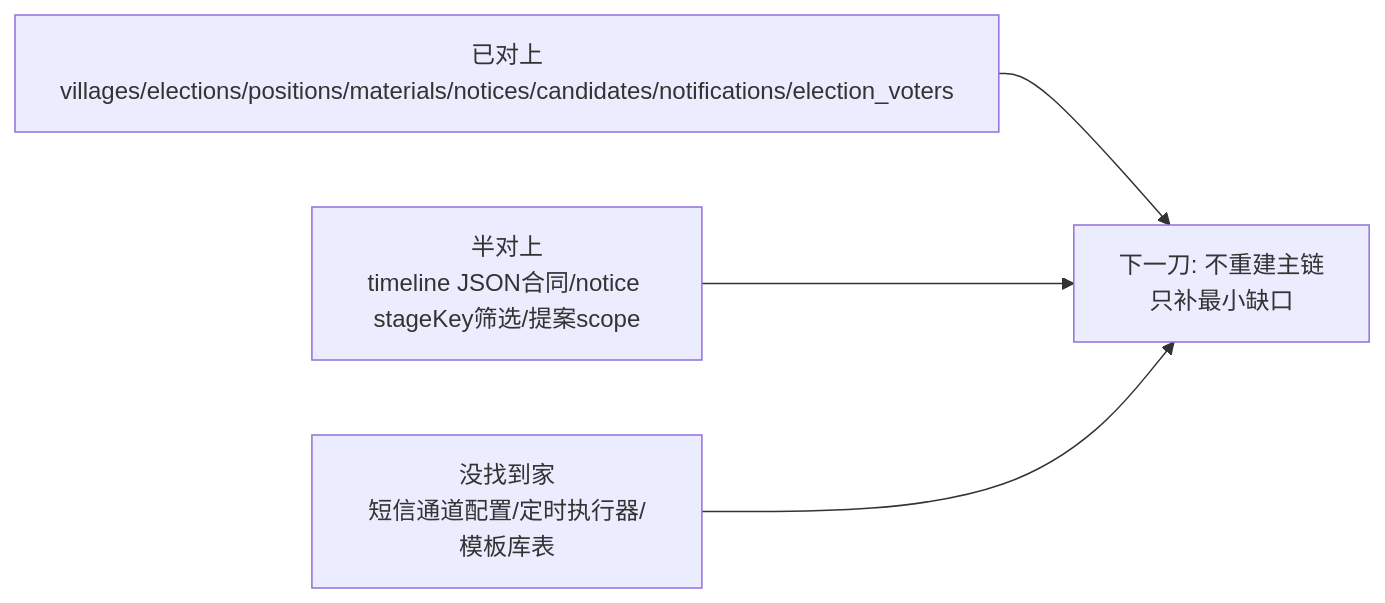
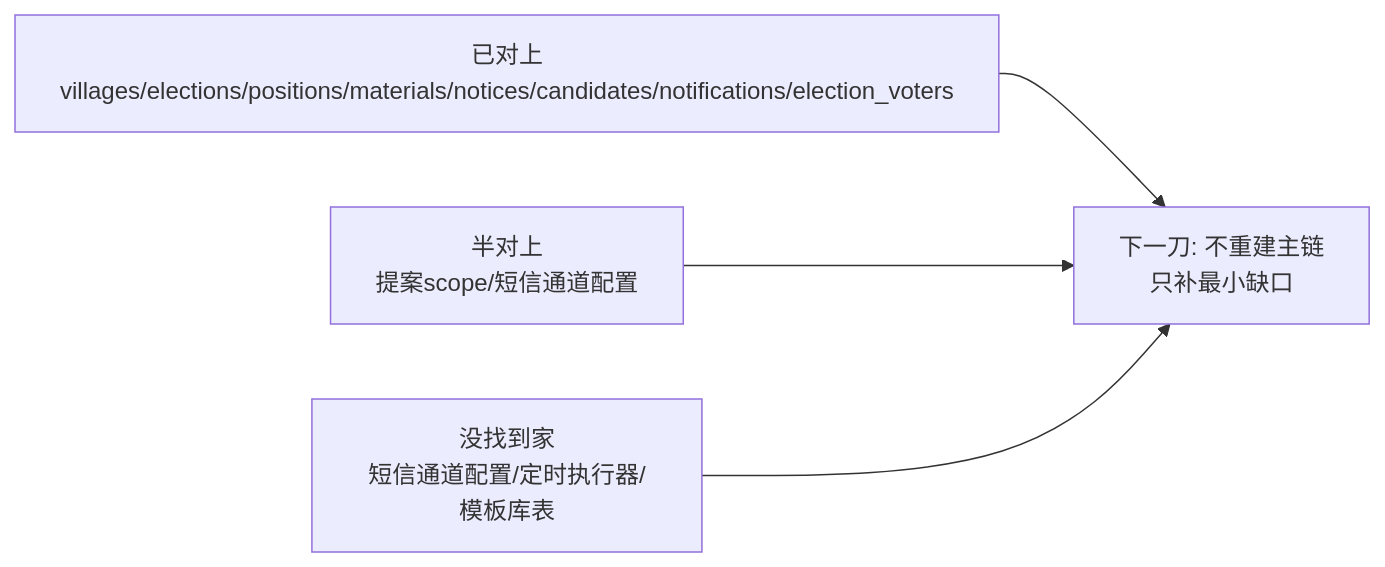
One commit to 4xiaxia/election-v2 changed the fourth of 7 diagrams in 副船长的航海接力日志/当前接力图.md. Above: the diagram before and after it, drawn with Mermaid. The commit also changed other lines of this file and 12 other files, not shown here.

````diff
--- a/副船长的航海接力日志/当前接力图.md
+++ b/副船长的航海接力日志/当前接力图.md
@@ -57,9 +59,9 @@
 ```mermaid
 flowchart LR
     OK[已对上<br/>villages/elections/positions/materials/notices/candidates/notifications/election_voters]
-    HALF[半对上<br/>timeline JSON合同/notice stageKey筛选/提案scope]
+    HALF[半对上<br/>提案scope/短信通道配置]
     MISS[没找到家<br/>短信通道配置/定时执行器/模板库表]
     OK --> NEXT[下一刀: 不重建主链<br/>只补最小缺口]
     HALF --> NEXT
     MISS --> NEXT
 ```
````
